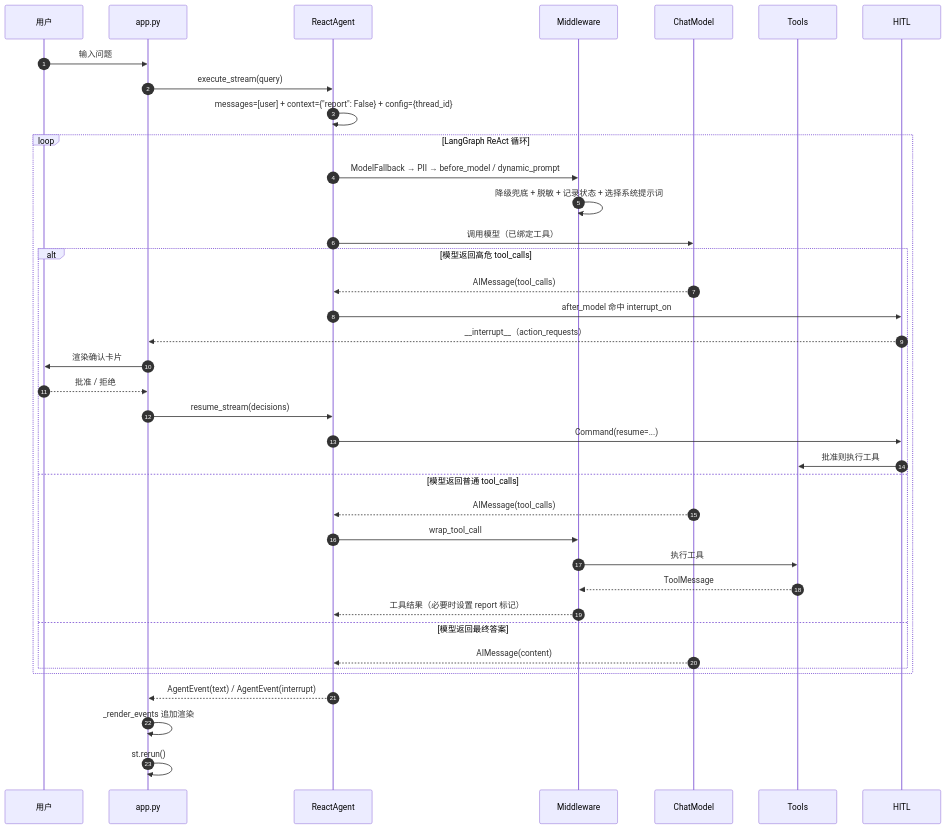
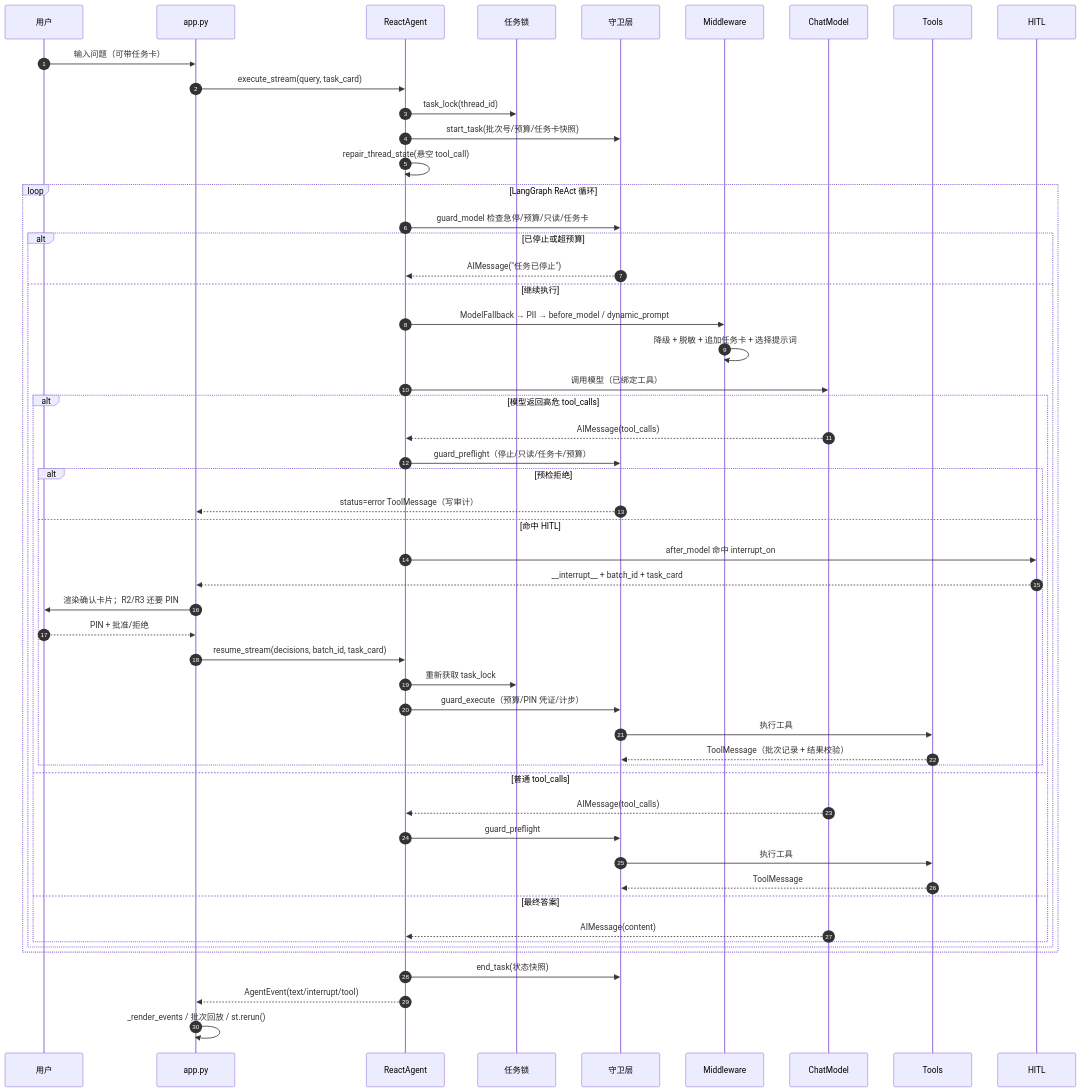
One commit to AX3031/Hybrid_Agent01 changed the third of 4 diagrams in docs/ARCHITECTURE.md. Above: the diagram before and after it, drawn with Mermaid. The commit also changed other lines of this file and 11 other files, not shown here.

````diff
--- a/docs/ARCHITECTURE.md
+++ b/docs/ARCHITECTURE.md
@@ -368,41 +369,56 @@
 ```mermaid
 sequenceDiagram
     autonumber
     participant U as 用户
     participant UI as app.py
     participant RA as ReactAgent
+    participant L as 任务锁
+    participant G as 守卫层
     participant MW as Middleware
     participant M as ChatModel
     participant T as Tools
     participant H as HITL
 
-    U->>UI: 输入问题
-    UI->>RA: execute_stream(query)
-    RA->>RA: messages=[user] + context={"report": False} + config={thread_id}
+    U->>UI: 输入问题（可带任务卡）
+    UI->>RA: execute_stream(query, task_card)
+    RA->>L: task_lock(thread_id)
+    RA->>G: start_task(批次号/预算/任务卡快照)
+    RA->>RA: repair_thread_state(悬空 tool_call)
     loop LangGraph ReAct 循环
-        RA->>MW: ModelFallback → PII → before_model / dynamic_prompt
-        MW->>MW: 降级兜底 + 脱敏 + 记录状态 + 选择系统提示词
-        RA->>M: 调用模型（已绑定工具）
-        alt 模型返回高危 tool_calls
-            M-->>RA: AIMessage(tool_calls)
-            RA->>H: after_model 命中 interrupt_on
-            H-->>UI: __interrupt__（action_requests）
-            UI->>U: 渲染确认卡片
-            U-->>UI: 批准 / 拒绝
-            UI->>RA: resume_stream(decisions)
-            RA->>H: Command(resume=...)
-            H->>T: 批准则执行工具
-        else 模型返回普通 tool_calls
-            M-->>RA: AIMessage(tool_calls)
-            RA->>MW: wrap_tool_call
-            MW->>T: 执行工具
-            T-->>MW: ToolMessage
-            MW-->>RA: 工具结果（必要时设置 report 标记）
-        else 模型返回最终答案
-            M-->>RA: AIMessage(content)
+        RA->>G: guard_model 检查急停/预算/只读/任务卡
+        alt 已停止或超预算
+            G-->>RA: AIMessage("任务已停止")
+        else 继续执行
+            RA->>MW: ModelFallback → PII → before_model / dynamic_prompt
+            MW->>MW: 降级 + 脱敏 + 追加任务卡 + 选择提示词
+            RA->>M: 调用模型（已绑定工具）
+            alt 模型返回高危 tool_calls
+                M-->>RA: AIMessage(tool_calls)
+                RA->>G: guard_preflight（停止/只读/任务卡/预算）
+                alt 预检拒绝
+                    G-->>UI: status=error ToolMessage（写审计）
+                else 命中 HITL
+                    RA->>H: after_model 命中 interrupt_on
+                    H-->>UI: __interrupt__ + batch_id + task_card
+                    UI->>U: 渲染确认卡片；R2/R3 还要 PIN
+                    U-->>UI: PIN + 批准/拒绝
+                    UI->>RA: resume_stream(decisions, batch_id, task_card)
+                    RA->>L: 重新获取 task_lock
+                    RA->>G: guard_execute（预算/PIN 凭证/计步）
+                    G->>T: 执行工具
+                    T-->>G: ToolMessage（批次记录 + 结果校验）
+                end
+            else 普通 tool_calls
+                M-->>RA: AIMessage(tool_calls)
+                RA->>G: guard_preflight
+                G->>T: 执行工具
+                T-->>G: ToolMessage
+            else 最终答案
+                M-->>RA: AIMessage(content)
+            end
         end
     end
-    RA-->>UI: AgentEvent(text) / AgentEvent(interrupt)
-    UI->>UI: _render_events 追加渲染
-    UI->>UI: st.rerun()
+    RA->>G: end_task(状态快照)
+    RA-->>UI: AgentEvent(text/interrupt/tool)
+    UI->>UI: _render_events / 批次回放 / st.rerun()
 ```
````
